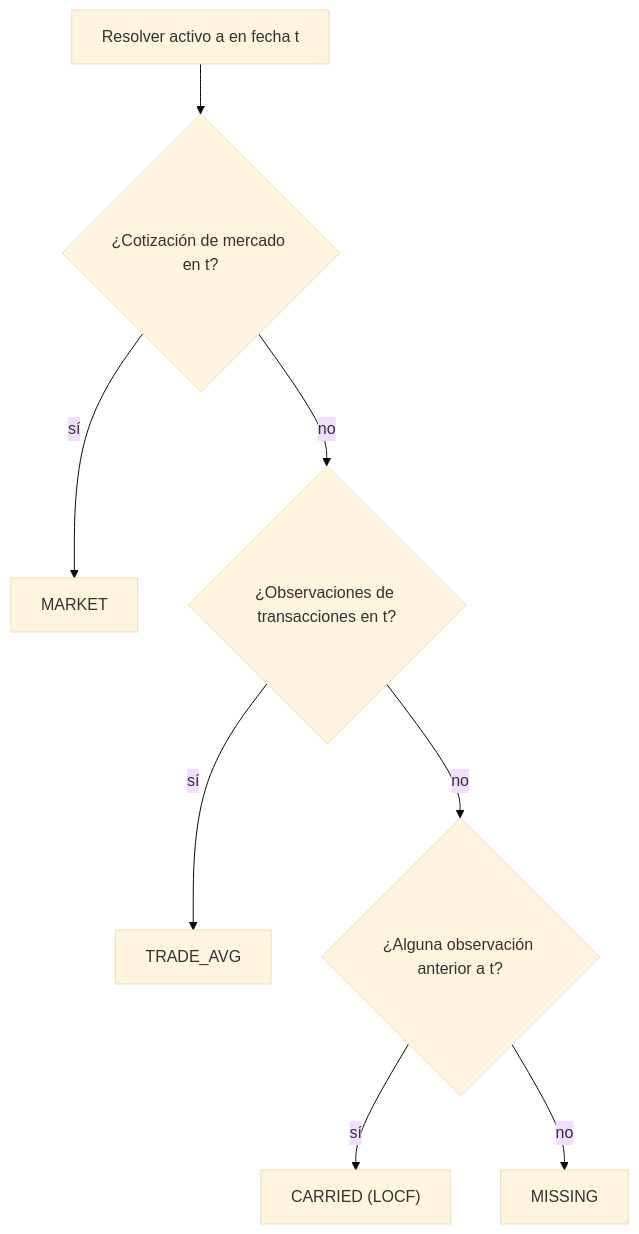
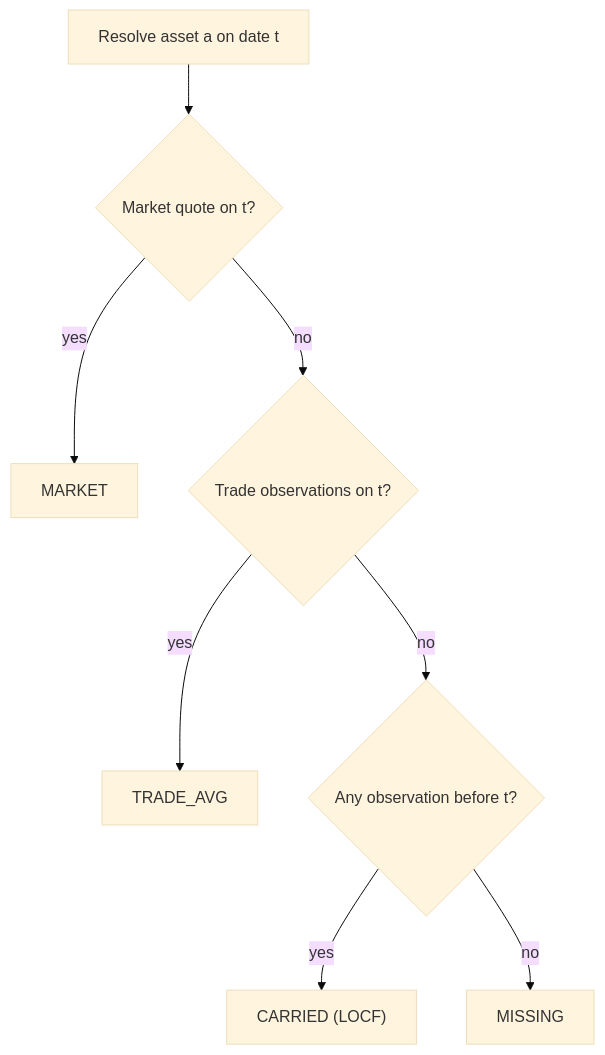
One commit to Librefolio/LibreFolio changed the diagram in mkdocs_src/docs/financial-theory/technical-analysis/performance-metrics/portfolio-engine/price-resolution.es.md. Above: the diagram before and after it, drawn with Mermaid (base theme). The commit also changed other lines of this file and 2 other files, not shown here.

````diff
--- a/mkdocs_src/docs/financial-theory/technical-analysis/performance-metrics/portfolio-engine/price-resolution.es.md
+++ b/mkdocs_src/docs/financial-theory/technical-analysis/performance-metrics/portfolio-engine/price-resolution.es.md
@@ -30,10 +40,10 @@
 ```mermaid
 flowchart TD
-    A["Resolver activo a en fecha t"] --> B{"¿Cotización de mercado en t?"}
-    B -- "sí" --> C["MARKET"]
-    B -- "no" --> D{"¿Observaciones de transacciones en t?"}
-    D -- "sí" --> E["TRADE_AVG"]
-    D -- "no" --> F{"¿Alguna observación anterior a t?"}
-    F -- "sí" --> G["CARRIED (LOCF)"]
+    A["Resolve asset a on date t"] --> B{"Market quote on t?"}
+    B -- "yes" --> C["MARKET"]
+    B -- "no" --> D{"Trade observations on t?"}
+    D -- "yes" --> E["TRADE_AVG"]
+    D -- "no" --> F{"Any observation before t?"}
+    F -- "yes" --> G["CARRIED (LOCF)"]
     F -- "no" --> H["MISSING"]
 ```
````
